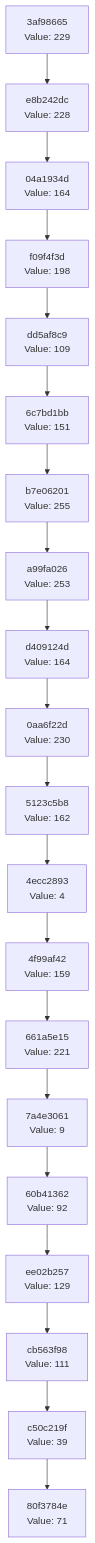
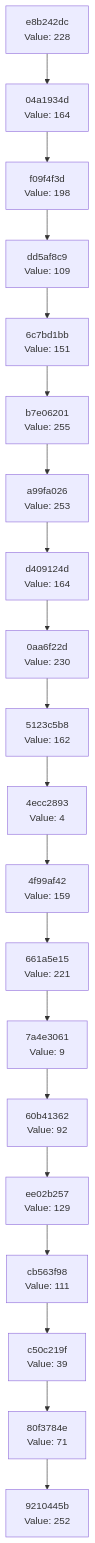
Before and after one commit to Abhisheksinha1506/hash-chain-evolver: the diagram in docs/CHAIN_VISUALIZATION.md, drawn with Mermaid. The commit also changed 3 other files, not shown here.

````diff
--- a/docs/CHAIN_VISUALIZATION.md
+++ b/docs/CHAIN_VISUALIZATION.md
@@ -3,42 +3,42 @@
 ```mermaid
 graph TD
-    C0["80f3784e<br/>Value: 71"]
-    C1["c50c219f<br/>Value: 39"]
+    C0["9210445b<br/>Value: 252"]
+    C1["80f3784e<br/>Value: 71"]
     C1 --> C0
-    C2["cb563f98<br/>Value: 111"]
+    C2["c50c219f<br/>Value: 39"]
     C2 --> C1
-    C3["ee02b257<br/>Value: 129"]
+    C3["cb563f98<br/>Value: 111"]
     C3 --> C2
-    C4["60b41362<br/>Value: 92"]
+    C4["ee02b257<br/>Value: 129"]
     C4 --> C3
-    C5["7a4e3061<br/>Value: 9"]
+    C5["60b41362<br/>Value: 92"]
     C5 --> C4
-    C6["661a5e15<br/>Value: 221"]
+    C6["7a4e3061<br/>Value: 9"]
     C6 --> C5
-    C7["4f99af42<br/>Value: 159"]
+    C7["661a5e15<br/>Value: 221"]
     C7 --> C6
-    C8["4ecc2893<br/>Value: 4"]
+    C8["4f99af42<br/>Value: 159"]
     C8 --> C7
-    C9["5123c5b8<br/>Value: 162"]
+    C9["4ecc2893<br/>Value: 4"]
     C9 --> C8
-    C10["0aa6f22d<br/>Value: 230"]
+    C10["5123c5b8<br/>Value: 162"]
     C10 --> C9
-    C11["d409124d<br/>Value: 164"]
+    C11["0aa6f22d<br/>Value: 230"]
     C11 --> C10
-    C12["a99fa026<br/>Value: 253"]
+    C12["d409124d<br/>Value: 164"]
     C12 --> C11
-    C13["b7e06201<br/>Value: 255"]
+    C13["a99fa026<br/>Value: 253"]
     C13 --> C12
-    C14["6c7bd1bb<br/>Value: 151"]
+    C14["b7e06201<br/>Value: 255"]
     C14 --> C13
-    C15["dd5af8c9<br/>Value: 109"]
+    C15["6c7bd1bb<br/>Value: 151"]
     C15 --> C14
-    C16["f09f4f3d<br/>Value: 198"]
+    C16["dd5af8c9<br/>Value: 109"]
     C16 --> C15
-    C17["04a1934d<br/>Value: 164"]
+    C17["f09f4f3d<br/>Value: 198"]
     C17 --> C16
-    C18["e8b242dc<br/>Value: 228"]
+    C18["04a1934d<br/>Value: 164"]
     C18 --> C17
-    C19["3af98665<br/>Value: 229"]
+    C19["e8b242dc<br/>Value: 228"]
     C19 --> C18
 ```
````
